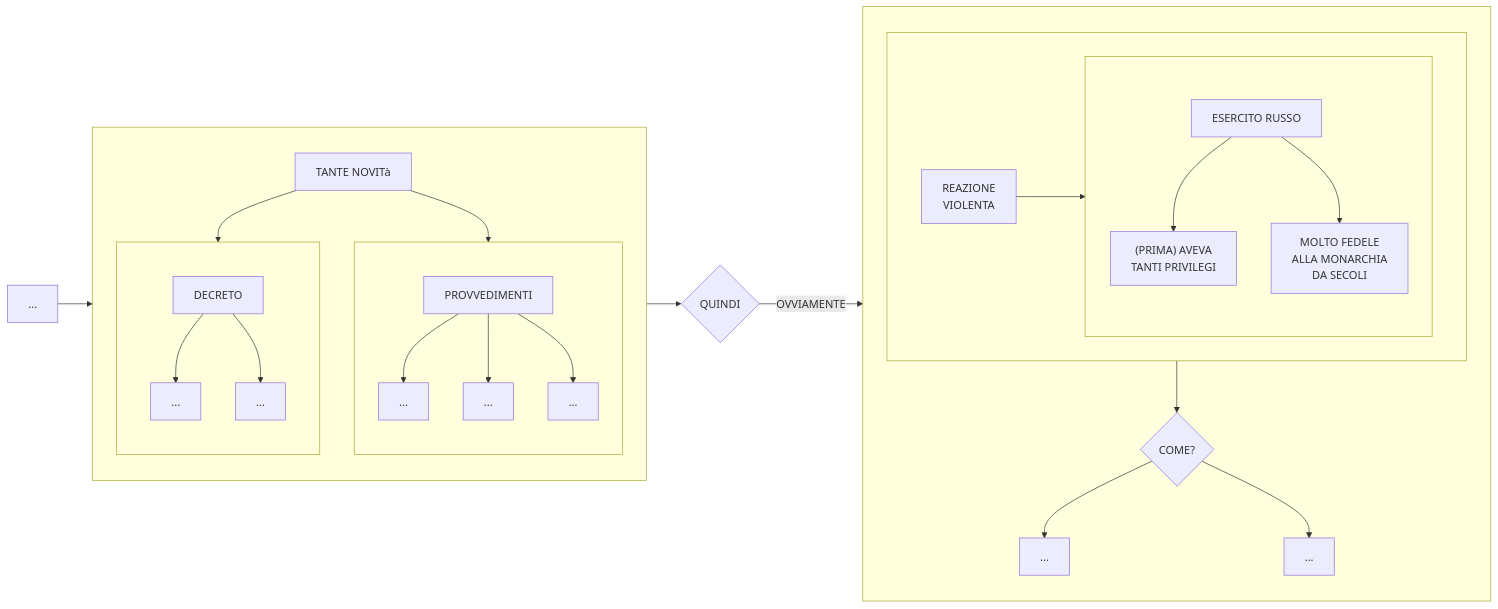
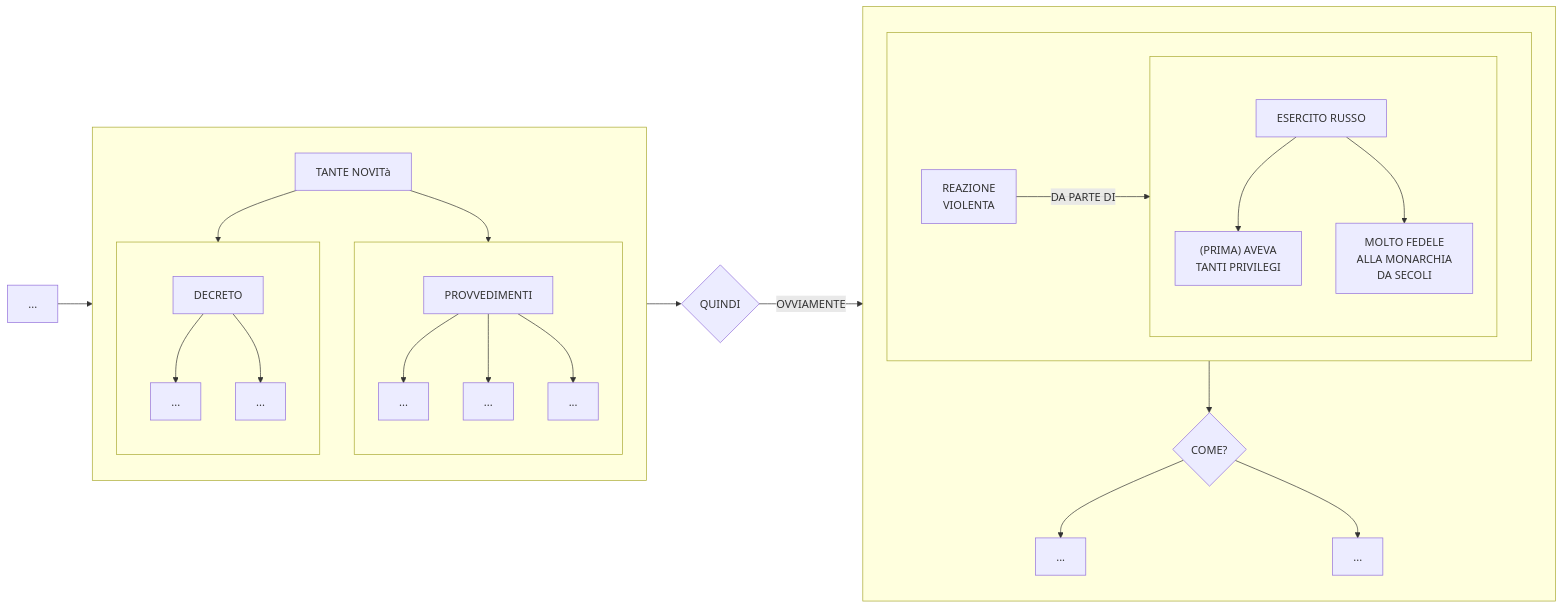
The fifth of 5 diagrams in stalinismo.md (Laaouatni/ricerca-storia-MermaidJS), drawn with Mermaid before and after one commit.

````diff
--- a/stalinismo.md
+++ b/stalinismo.md
@@ -191,44 +191,44 @@
 ```mermaid
 flowchart LR
     03[...]
     subgraph 0[" "]
         01[TANTE NOVITà]
         subgraph 010[" "]
             direction TB;
             0100[PROVVEDIMENTI]
             01000[...]
             01001[...]
             01002[...]
             0100 --> 01000 & 01001 & 01002
         end
         subgraph 011[" "]
             direction TB;
             0110[DECRETO]
             01100[...]
             01101[...]
             0110 --> 01100 & 01101
         end
         01 --> 010 & 011
     end
     02{QUINDI}
     03 --> 0 --> 02
     subgraph 022[" "]
         subgraph 020[" "]
             0200[REAZIONE <br> VIOLENTA]
             subgraph 021[" "]
                 direction TB;
                 0210[ESERCITO RUSSO]
                 02100["(PRIMA) AVEVA <BR> TANTI PRIVILEGI"]
                 02101[MOLTO FEDELE <BR> ALLA MONARCHIA <BR> DA SECOLI]
                 0210 --> 02100 & 02101
             end
-            0200 --> 021
+            0200 -->|DA PARTE DI| 021
         end
         04{COME?}
         040[...]
         041[...]
         04 --> 040 & 041
     end
     02 -->|OVVIAMENTE| 022
     020 --> 04
 ```
````
